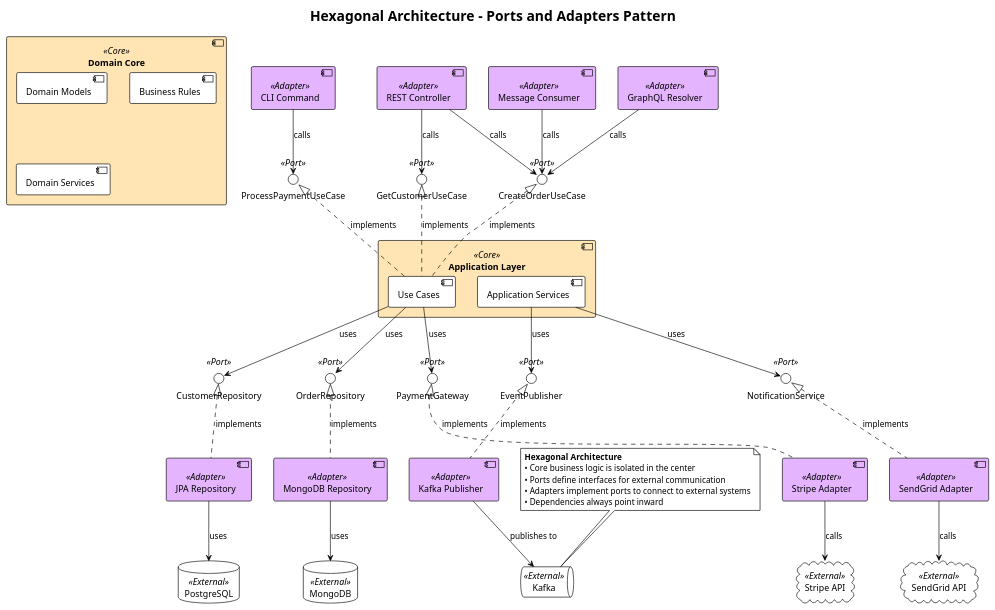
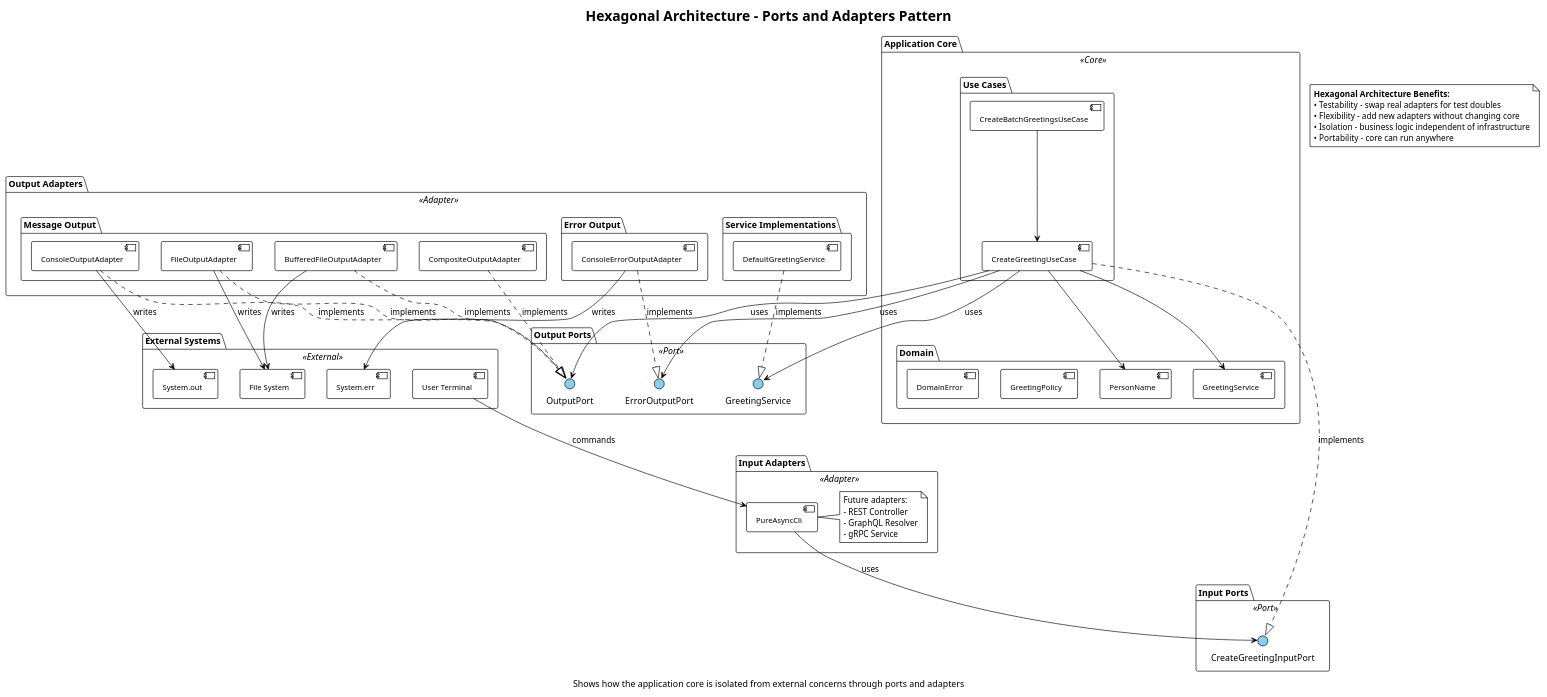
One commit to 1887sagar/hybrid_template_kotlin changed the diagram in docs/diagrams/hexagonal-ports-adapters.puml. Above: the diagram before and after it, drawn with PlantUML. The commit also changed 114 other files, not shown here.

```diff
--- a/docs/diagrams/hexagonal-ports-adapters.puml
+++ b/docs/diagrams/hexagonal-ports-adapters.puml
@@ -1,98 +1,117 @@
 @startuml hexagonal-ports-adapters
 !theme plain
 title Hexagonal Architecture - Ports and Adapters Pattern
+caption Shows how the application core is isolated from external concerns through ports and adapters
 
 skinparam component {
     BackgroundColor<<Core>> #FFE5B4
-    BackgroundColor<<Port>> #B4E5FF
-    BackgroundColor<<Adapter>> #E5B4FF
-    BackgroundColor<<External>> #D3D3D3
+    BackgroundColor<<Port>> #87CEEB
+    BackgroundColor<<Adapter>> #98FB98
+    BackgroundColor<<External>> #FFB6C1
+    BorderColor Black
+    FontSize 12
+}
+
+skinparam interface {
+    BackgroundColor #87CEEB
     BorderColor Black
 }
 
-' Center hexagon (Domain + Application)
-component "Domain Core" as Core <<Core>> {
-    [Domain Models]
-    [Business Rules]
-    [Domain Services]
+' Center hexagon representing the application core
+package "Application Core" <<Core>> {
+    
+    package "Use Cases" {
+        [CreateGreetingUseCase] as usecase
+        [CreateBatchGreetingsUseCase] as batch
+    }
+    
+    package "Domain" {
+        [PersonName] as domain1
+        [GreetingService] as domain2
+        [GreetingPolicy] as domain3
+        [DomainError] as domain4
+    }
+    
+    usecase --> domain2
+    usecase --> domain1
+    batch --> usecase
 }
 
-component "Application Layer" as App <<Core>> {
-    [Use Cases]
-    [Application Services]
+' Input Ports (Driving/Primary)
+package "Input Ports" <<Port>> {
+    interface "CreateGreetingInputPort" as input_port
 }
 
-' Input Ports (Driving Side - Left)
-interface "CreateOrderUseCase" as CreateOrderPort <<Port>>
-interface "GetCustomerUseCase" as GetCustomerPort <<Port>>
-interface "ProcessPaymentUseCase" as ProcessPaymentPort <<Port>>
+' Output Ports (Driven/Secondary)
+package "Output Ports" <<Port>> {
+    interface "OutputPort" as output_port
+    interface "ErrorOutputPort" as error_port
+    interface "GreetingService" as service_port
+}
 
-' Output Ports (Driven Side - Right)
-interface "CustomerRepository" as CustomerRepoPort <<Port>>
-interface "OrderRepository" as OrderRepoPort <<Port>>
-interface "PaymentGateway" as PaymentPort <<Port>>
-interface "NotificationService" as NotificationPort <<Port>>
-interface "EventPublisher" as EventPort <<Port>>
+' Input Adapters (Driving/Primary)
+package "Input Adapters" <<Adapter>> {
+    [PureAsyncCli] as cli_adapter
+    note right : Future adapters:\n- REST Controller\n- GraphQL Resolver\n- gRPC Service
+}
 
-' Input Adapters (Primary/Driving Adapters - Left)
-component "REST Controller" as RestAdapter <<Adapter>>
-component "GraphQL Resolver" as GraphQLAdapter <<Adapter>>
-component "CLI Command" as CLIAdapter <<Adapter>>
-component "Message Consumer" as MessageAdapter <<Adapter>>
-
-' Output Adapters (Secondary/Driven Adapters - Right)
-component "JPA Repository" as JPAAdapter <<Adapter>>
-component "MongoDB Repository" as MongoAdapter <<Adapter>>
-component "Stripe Adapter" as StripeAdapter <<Adapter>>
-component "SendGrid Adapter" as EmailAdapter <<Adapter>>
-component "Kafka Publisher" as KafkaAdapter <<Adapter>>
+' Output Adapters (Driven/Secondary)
+package "Output Adapters" <<Adapter>> {
+    
+    package "Message Output" {
+        [ConsoleOutputAdapter] as console
+        [FileOutputAdapter] as file
+        [BufferedFileOutputAdapter] as buffer
+        [CompositeOutputAdapter] as composite
+    }
+    
+    package "Error Output" {
+        [ConsoleErrorOutputAdapter] as error_console
+    }
+    
+    package "Service Implementations" {
+        [DefaultGreetingService] as greeting_impl
+    }
+}
 
 ' External Systems
-database "PostgreSQL" as Postgres <<External>>
-database "MongoDB" as Mongo <<External>>
-cloud "Stripe API" as Stripe <<External>>
-cloud "SendGrid API" as SendGrid <<External>>
-queue "Kafka" as Kafka <<External>>
+package "External Systems" <<External>> {
+    [User Terminal] as terminal
+    [File System] as filesystem
+    [System.out] as stdout
+    [System.err] as stderr
+}
 
-' Connect Input Adapters to Input Ports
-RestAdapter --> CreateOrderPort : calls
-RestAdapter --> GetCustomerPort : calls
-GraphQLAdapter --> CreateOrderPort : calls
-CLIAdapter --> ProcessPaymentPort : calls
-MessageAdapter --> CreateOrderPort : calls
+' Connections - Input Side
+cli_adapter --> input_port : uses
+usecase ..|> input_port : implements
 
-' Connect Use Cases to Core
-CreateOrderPort <|.. [Use Cases] : implements
-GetCustomerPort <|.. [Use Cases] : implements
-ProcessPaymentPort <|.. [Use Cases] : implements
+' Connections - Output Side
+usecase --> output_port : uses
+usecase --> error_port : uses
+usecase --> service_port : uses
 
-' Connect Core to Output Ports
-[Use Cases] --> CustomerRepoPort : uses
-[Use Cases] --> OrderRepoPort : uses
-[Use Cases] --> PaymentPort : uses
-[Application Services] --> NotificationPort : uses
-[Application Services] --> EventPort : uses
+console ..|> output_port : implements
+file ..|> output_port : implements
+buffer ..|> output_port : implements
+composite ..|> output_port : implements
+error_console ..|> error_port : implements
+greeting_impl ..|> service_port : implements
 
-' Connect Output Adapters to Output Ports
-CustomerRepoPort <|.. JPAAdapter : implements
-OrderRepoPort <|.. MongoAdapter : implements
-PaymentPort <|.. StripeAdapter : implements
-NotificationPort <|.. EmailAdapter : implements
-EventPort <|.. KafkaAdapter : implements
+' External connections
+terminal --> cli_adapter : commands
+console --> stdout : writes
+error_console --> stderr : writes
+file --> filesystem : writes
+buffer --> filesystem : writes
 
-' Connect Output Adapters to External Systems
-JPAAdapter --> Postgres : uses
-MongoAdapter --> Mongo : uses
-StripeAdapter --> Stripe : calls
-EmailAdapter --> SendGrid : calls
-KafkaAdapter --> Kafka : publishes to
-
-note top
-    **Hexagonal Architecture**
-    • Core business logic is isolated in the center
-    • Ports define interfaces for external communication
-    • Adapters implement ports to connect to external systems
-    • Dependencies always point inward
+' Hexagon visualization (decorative)
+note as HexNote
+<b>Hexagonal Architecture Benefits:</b>
+• Testability - swap real adapters for test doubles
+• Flexibility - add new adapters without changing core
+• Isolation - business logic independent of infrastructure
+• Portability - core can run anywhere
 end note
 
 @enduml
```
